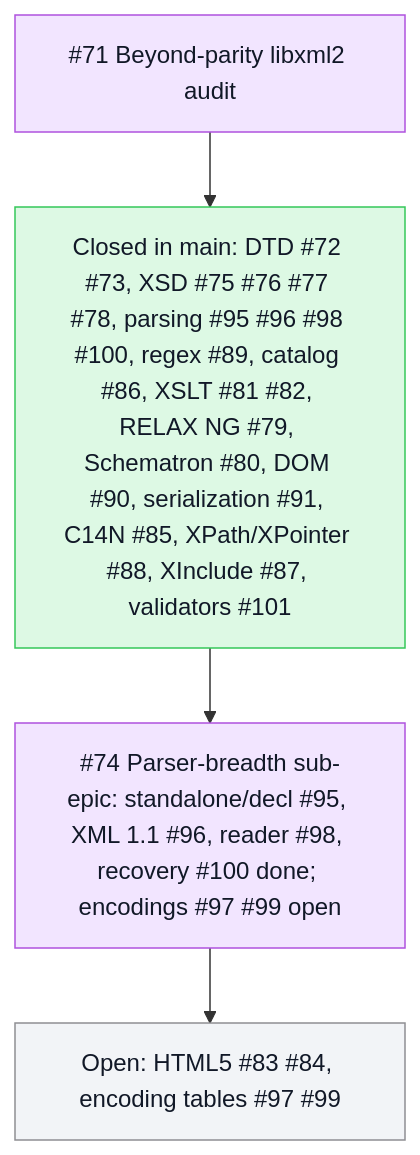
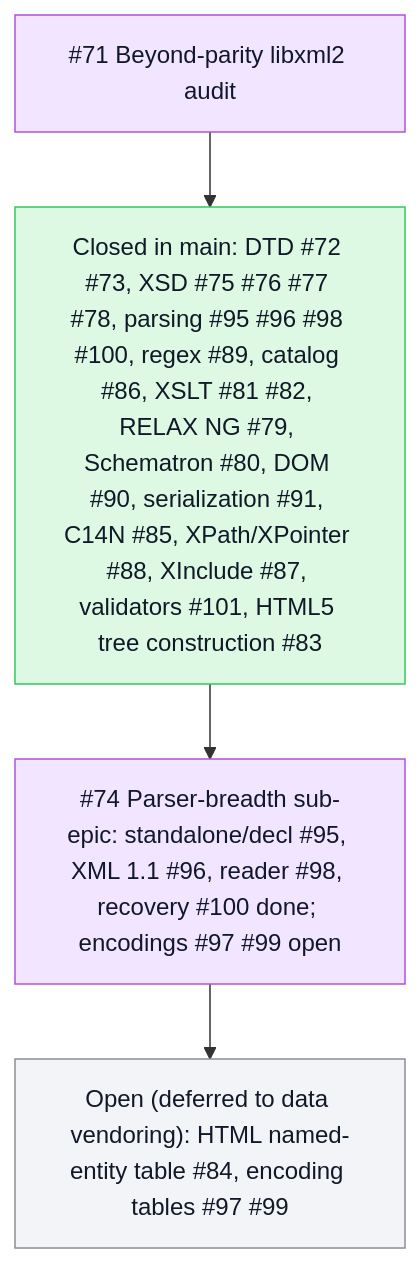
Before and after one commit to mihaelamj/PureXML: the second of 2 diagrams in README.md, drawn with Mermaid.

Commit message:
docs: move closed HTML5 tree construction #83 to done in roadmap

````diff
--- a/README.md
+++ b/README.md
@@ -73,14 +73,14 @@
 ```mermaid
 flowchart TB
   classDef done fill:#ddf9e4,stroke:#34c759,color:#111827
   classDef review fill:#fff7d6,stroke:#ffcc00,color:#111827
   classDef epic fill:#f2e5ff,stroke:#af52de,color:#111827
   classDef todo fill:#f2f4f7,stroke:#8e8e93,color:#111827
   Epic71["#71 Beyond-parity libxml2 audit"]:::epic
-  AuditDone["Closed in main: DTD #72 #73, XSD #75 #76 #77 #78, parsing #95 #96 #98 #100, regex #89, catalog #86, XSLT #81 #82, RELAX NG #79, Schematron #80, DOM #90, serialization #91, C14N #85, XPath/XPointer #88, XInclude #87, validators #101"]:::done
+  AuditDone["Closed in main: DTD #72 #73, XSD #75 #76 #77 #78, parsing #95 #96 #98 #100, regex #89, catalog #86, XSLT #81 #82, RELAX NG #79, Schematron #80, DOM #90, serialization #91, C14N #85, XPath/XPointer #88, XInclude #87, validators #101, HTML5 tree construction #83"]:::done
   Epic74["#74 Parser-breadth sub-epic: standalone/decl #95, XML 1.1 #96, reader #98, recovery #100 done; encodings #97 #99 open"]:::epic
-  Open["Open: HTML5 #83 #84, encoding tables #97 #99"]:::todo
+  Open["Open (deferred to data vendoring): HTML named-entity table #84, encoding tables #97 #99"]:::todo
   Epic71 --> AuditDone
   AuditDone --> Epic74
   Epic74 --> Open
 ```
````
